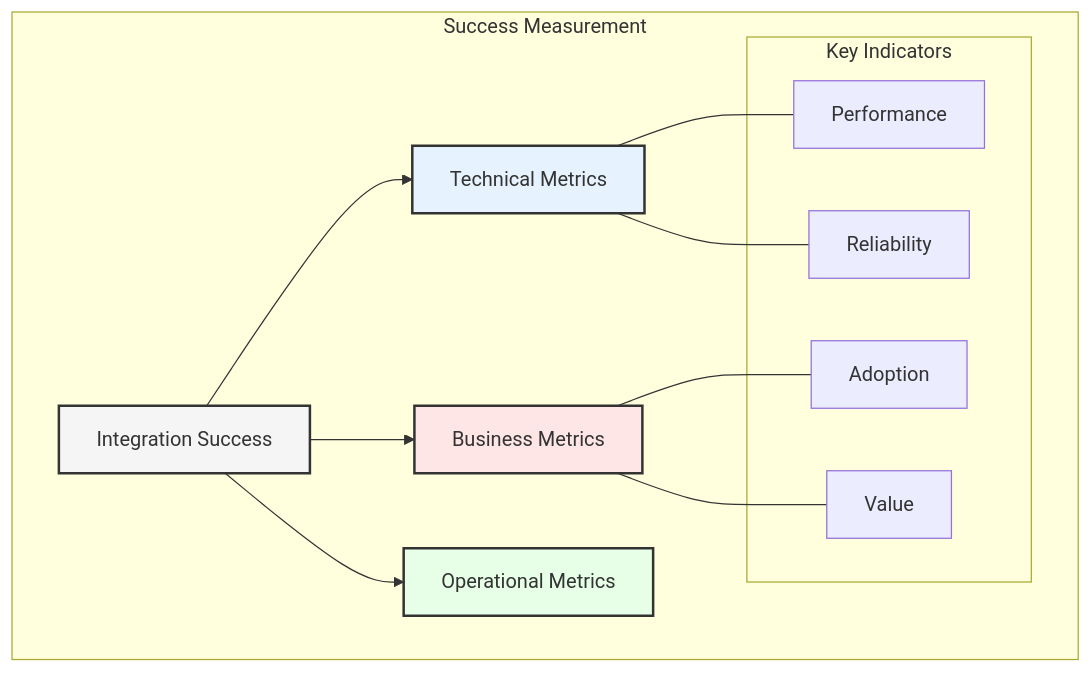
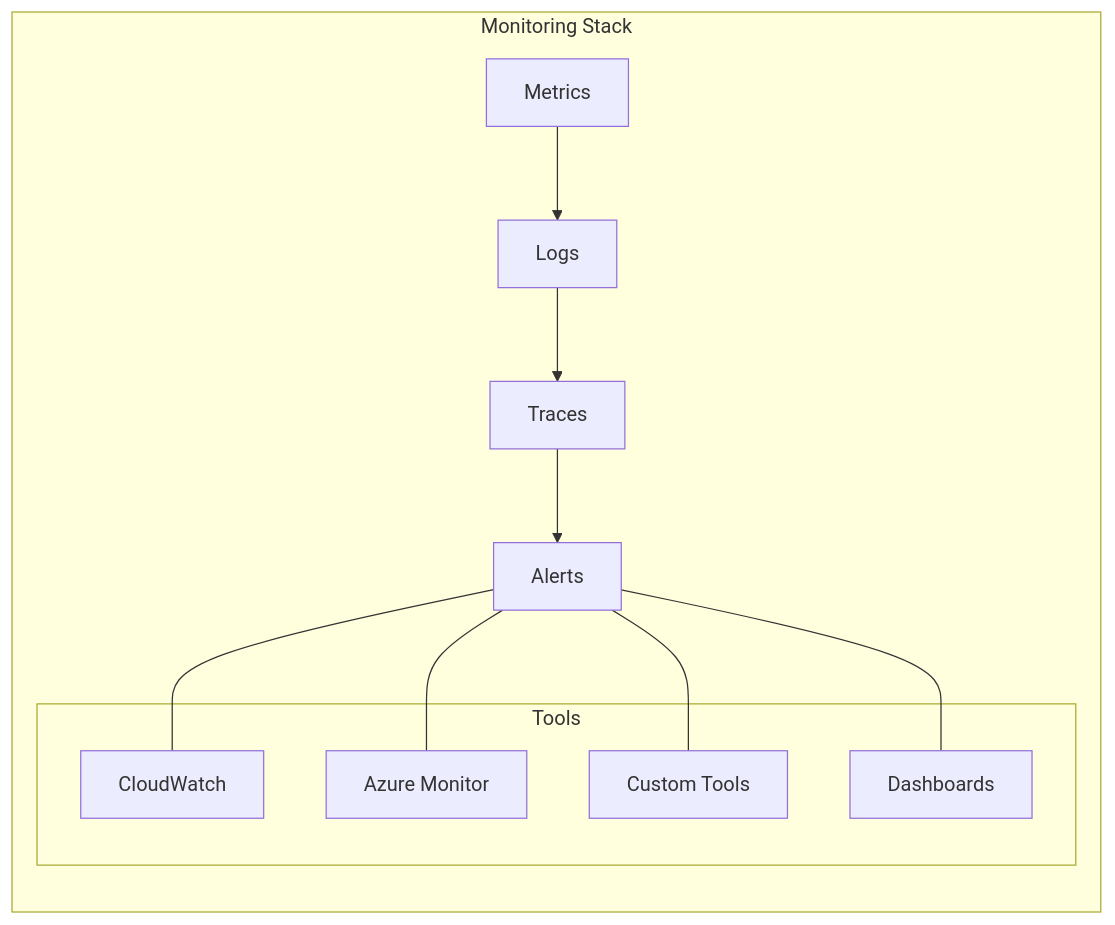
Before and after one commit to data-octo/agentic_ai_research: the eighth of 9 diagrams in enterprise_data_architecture/chapters/06_integration.md, drawn with Mermaid. The commit also changed other lines of this file and 11 other files, not shown here.

````diff
--- a/enterprise_data_architecture/chapters/06_integration.md
+++ b/enterprise_data_architecture/chapters/06_integration.md
@@ -239,25 +261,20 @@
 ```mermaid
-graph TB
-    subgraph "Success Measurement"
-        A[Integration Success] --> B[Technical Metrics]
-        A --> C[Business Metrics]
-        A --> D[Operational Metrics]
+graph LR
+    subgraph "Monitoring Stack"
+        A[Metrics] --> B[Logs]
+        B --> C[Traces]
+        C --> D[Alerts]
         
-        subgraph "Key Indicators"
-            E[Performance]
-            F[Reliability]
-            G[Adoption]
-            H[Value]
+        subgraph "Tools"
+            E[CloudWatch]
+            F[Azure Monitor]
+            G[Custom Tools]
+            H[Dashboards]
         end
         
-        B --- E
-        B --- F
-        C --- G
-        C --- H
+        D --- E
+        D --- F
+        D --- G
+        D --- H
     end
-    
-    style A fill:#f5f5f5,stroke:#333,stroke-width:2px
-    style B fill:#e6f3ff,stroke:#333,stroke-width:2px
-    style C fill:#ffe6e6,stroke:#333,stroke-width:2px
-    style D fill:#e6ffe6,stroke:#333,stroke-width:2px
 ```
````
